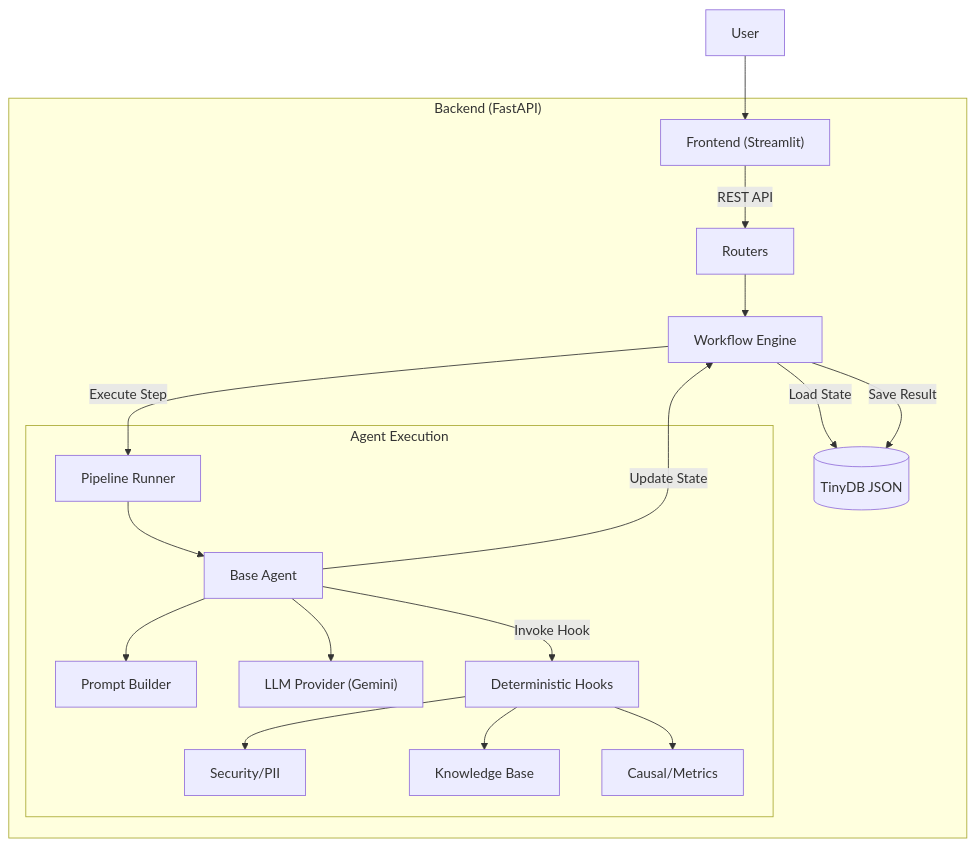
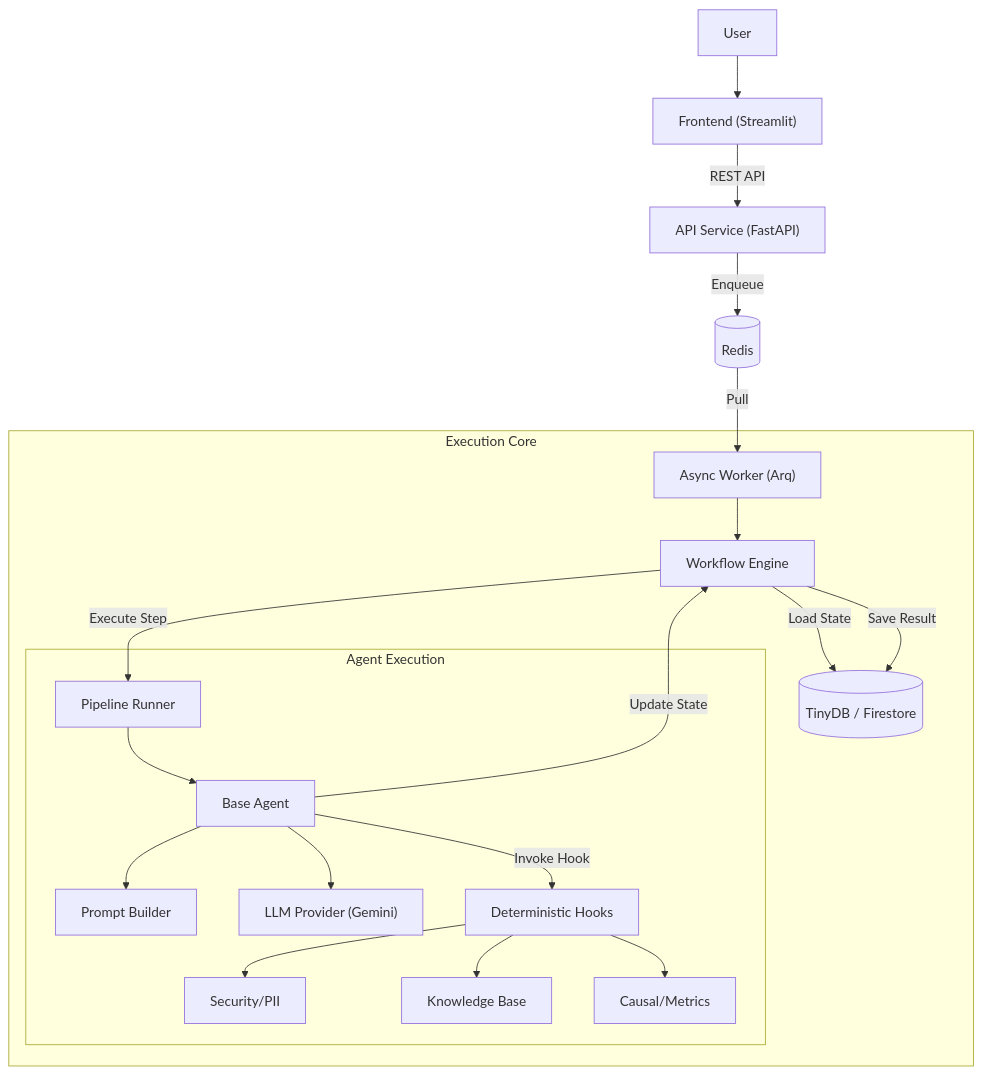
One commit to launis/quorum changed the diagram in docs/architecture_analysis.md. Above: the diagram before and after it, drawn with Mermaid. The commit also changed other lines of this file and 159 other files, not shown here.

````diff
--- a/docs/architecture_analysis.md
+++ b/docs/architecture_analysis.md
@@ -86,27 +92,29 @@
 ```mermaid
 graph TD
     User["User"] --> FE["Frontend (Streamlit)"]
     
-    subgraph "Backend (FastAPI)"
-        FE -- REST API --> API["Routers"]
-        API --> Engine["Workflow Engine"]
-        
-        Engine -- "Load State" --> DB[("TinyDB JSON")]
+    FE -- REST API --> API["API Service (FastAPI)"]
+    API -- Enqueue --> Redis[(Redis)]
+    Redis -- Pull --> Worker["Async Worker (Arq)"]
+    
+    subgraph "Execution Core"
+        Worker --> Engine["Workflow Engine"]
+        Engine -- "Load State" --> DB[("TinyDB / Firestore")]
         Engine -- "Execute Step" --> Runner["Pipeline Runner"]
         
         subgraph "Agent Execution"
             Runner --> Agent["Base Agent"]
             Agent --> Prompt["Prompt Builder"]
             Agent --> LLM["LLM Provider (Gemini)"]
             
             Agent -- "Invoke Hook" --> Hooks["Deterministic Hooks"]
             Hooks --> PII["Security/PII"]
             Hooks --> RAG["Knowledge Base"]
             Hooks --> Stats["Causal/Metrics"]
         end
         
         Agent -- "Update State" --> Engine
     end
     
     Engine -- "Save Result" --> DB
 ```
````
